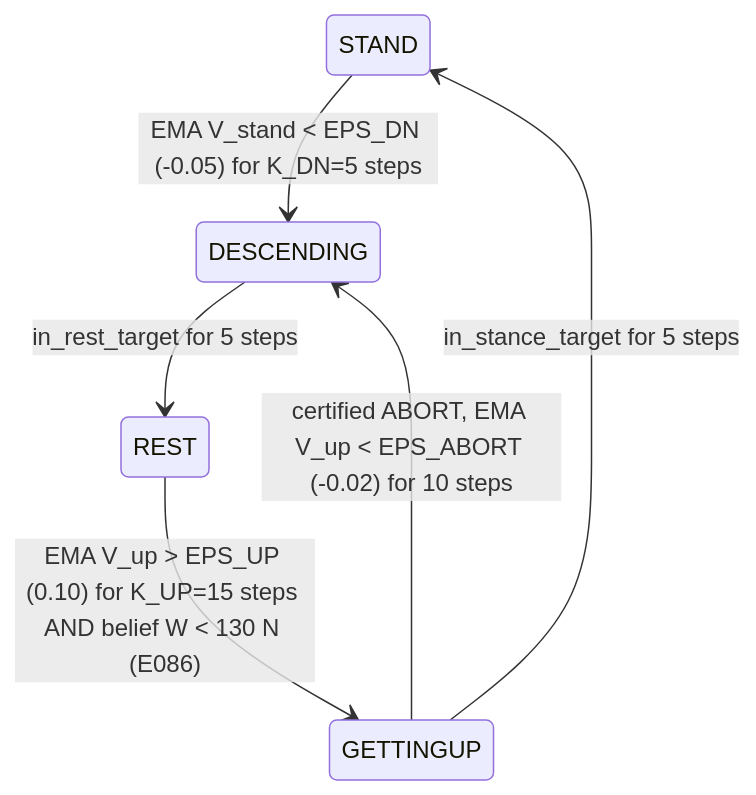
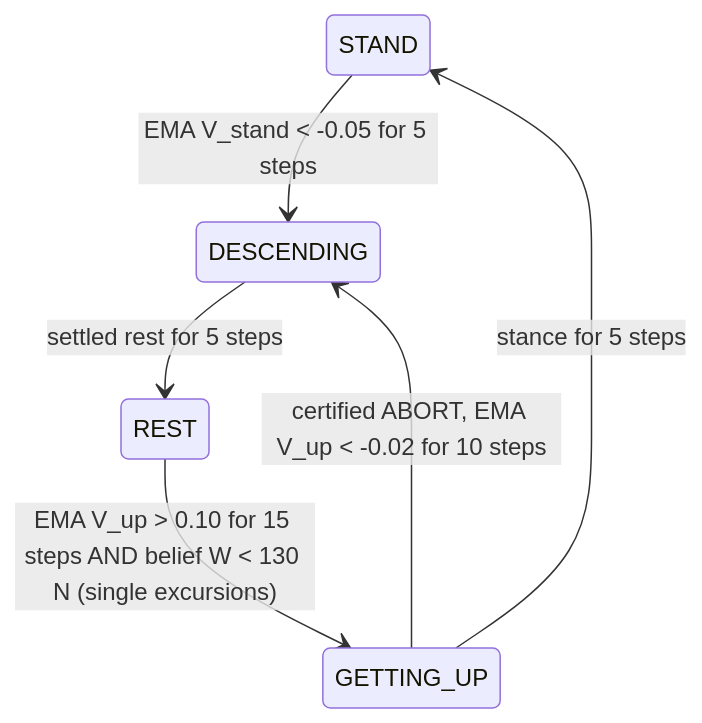
One commit to SafeRoboticsLab/odd-conditioned changed the first of 2 diagrams in docs/SWITCHING_LOGIC.md. Above: the diagram before and after it, drawn with Mermaid. The commit also changed other lines of this file and 10 other files, not shown here.

````diff
--- a/docs/SWITCHING_LOGIC.md
+++ b/docs/SWITCHING_LOGIC.md
@@ -82,8 +83,8 @@
 ```mermaid
 stateDiagram-v2
-    STAND --> DESCENDING: EMA V_stand < EPS_DN (-0.05) for K_DN=5 steps
-    DESCENDING --> REST: in_rest_target for 5 steps
-    REST --> GETTINGUP: EMA V_up > EPS_UP (0.10) for K_UP=15 steps AND belief W < 130 N (E086)
-    GETTINGUP --> STAND: in_stance_target for 5 steps
-    GETTINGUP --> DESCENDING: certified ABORT, EMA V_up < EPS_ABORT (-0.02) for 10 steps
+    STAND --> DESCENDING: EMA V_stand < -0.05 for 5 steps
+    DESCENDING --> REST: settled rest for 5 steps
+    REST --> GETTING_UP: EMA V_up > 0.10 for 15 steps AND belief W < 130 N (single excursions)
+    GETTING_UP --> STAND: stance for 5 steps
+    GETTING_UP --> DESCENDING: certified ABORT, EMA V_up < -0.02 for 10 steps
 ```
````
